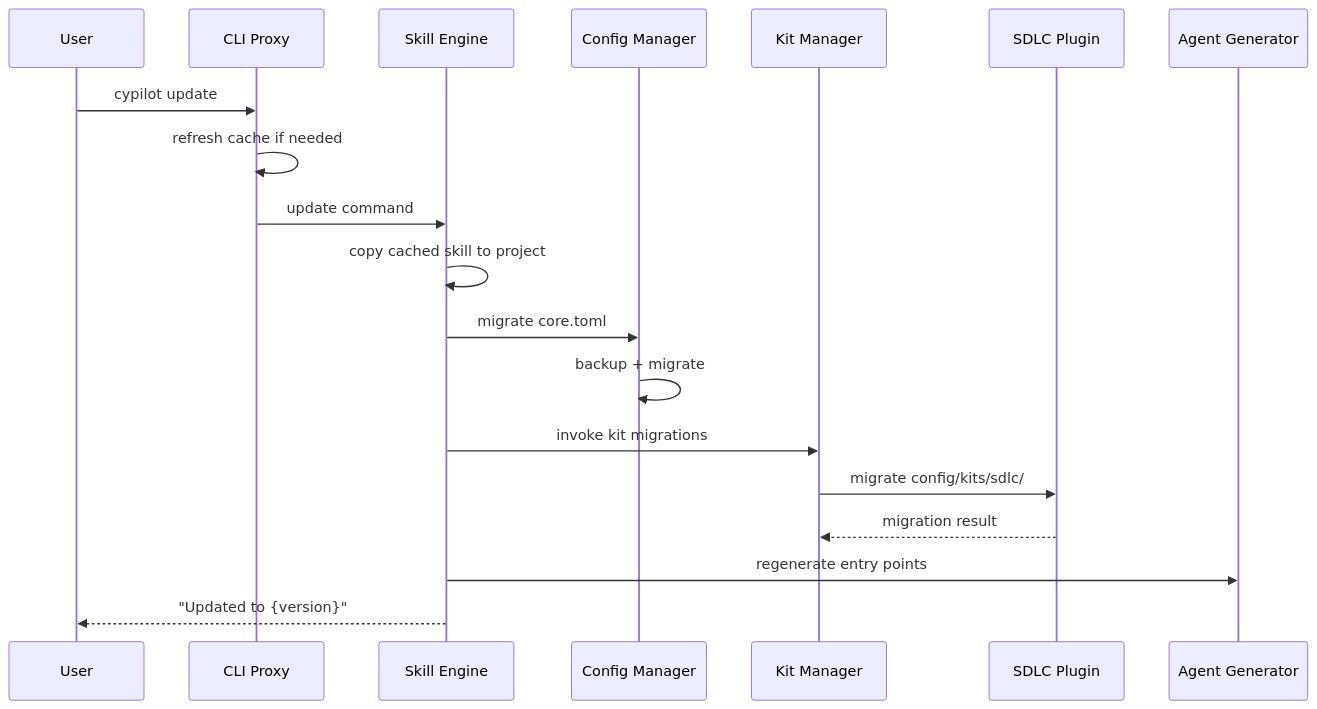
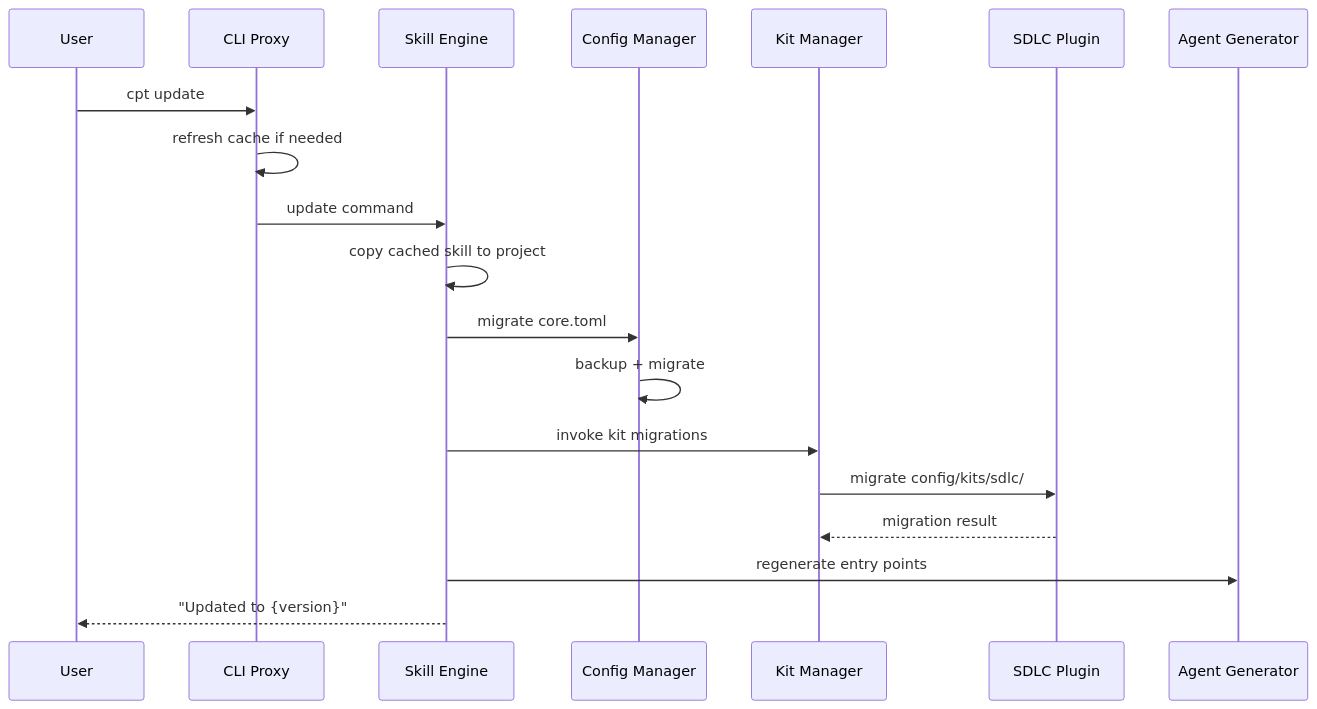
Before and after one commit to ainetx/hyperspot: the sixth of 7 diagrams in .cypilot/.core/architecture/DESIGN.md, drawn with Mermaid. The commit also changed other lines of this file and 108 other files, not shown here.

````diff
--- a/.cypilot/.core/architecture/DESIGN.md
+++ b/.cypilot/.core/architecture/DESIGN.md
@@ -1070,14 +1073,14 @@
 ```mermaid
 sequenceDiagram
-    User->>CLI Proxy: cypilot update
+    User->>CLI Proxy: cpt update
     CLI Proxy->>CLI Proxy: refresh cache if needed
     CLI Proxy->>Skill Engine: update command
     Skill Engine->>Skill Engine: copy cached skill to project
     Skill Engine->>Config Manager: migrate core.toml
     Config Manager->>Config Manager: backup + migrate
     Skill Engine->>Kit Manager: invoke kit migrations
     Kit Manager->>SDLC Plugin: migrate config/kits/sdlc/
     SDLC Plugin-->>Kit Manager: migration result
     Skill Engine->>Agent Generator: regenerate entry points
     Skill Engine-->>User: "Updated to {version}"
 ```
````
